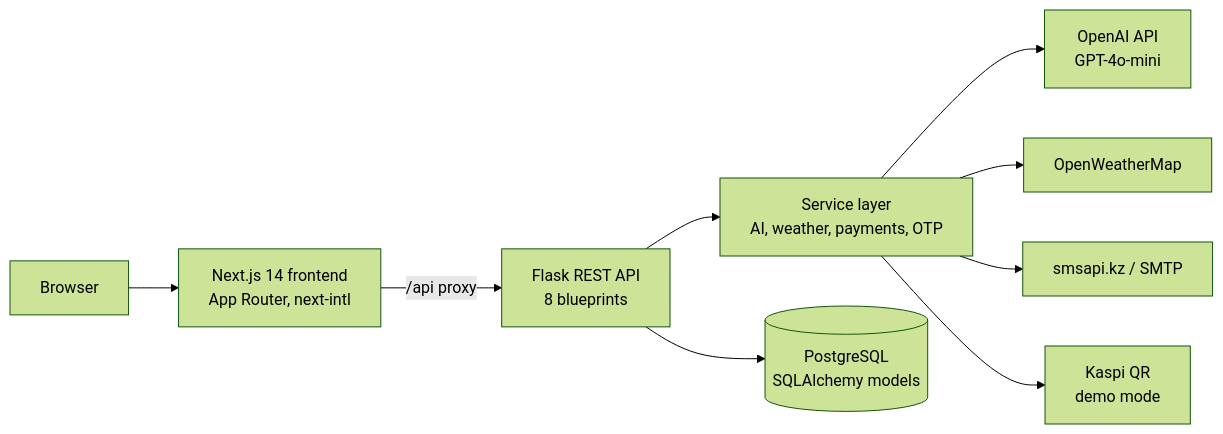
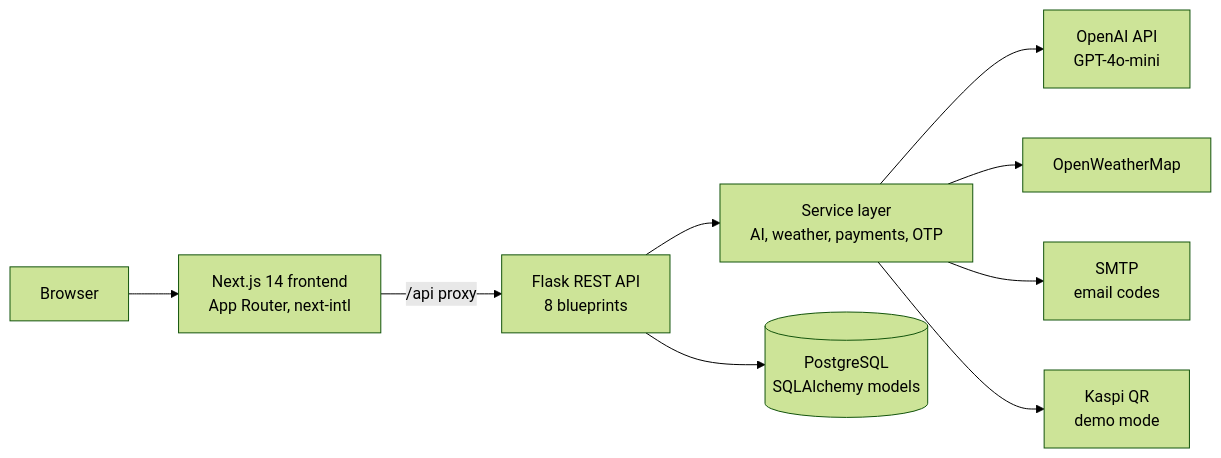
One commit to ermekov/Mountain_equipment_rental changed the diagram in README.md. Above: the diagram before and after it, drawn with Mermaid (forest theme). The commit also changed other lines of this file and 1 other file, not shown here.

First line of the commit message:
README: registration codes go by email, not SMS

````diff
--- a/README.md
+++ b/README.md
@@ -20,11 +20,11 @@
 ```mermaid
 flowchart LR
     B[Browser] --> F["Next.js 14 frontend<br/>App Router, next-intl"]
     F -->|"/api proxy"| A["Flask REST API<br/>8 blueprints"]
     A --> S["Service layer<br/>AI, weather, payments, OTP"]
     A --> D[("PostgreSQL<br/>SQLAlchemy models")]
     S --> O["OpenAI API<br/>GPT-4o-mini"]
     S --> W[OpenWeatherMap]
-    S --> M["smsapi.kz / SMTP"]
+    S --> M["SMTP<br/>email codes"]
     S --> K["Kaspi QR<br/>demo mode"]
 ```
````
